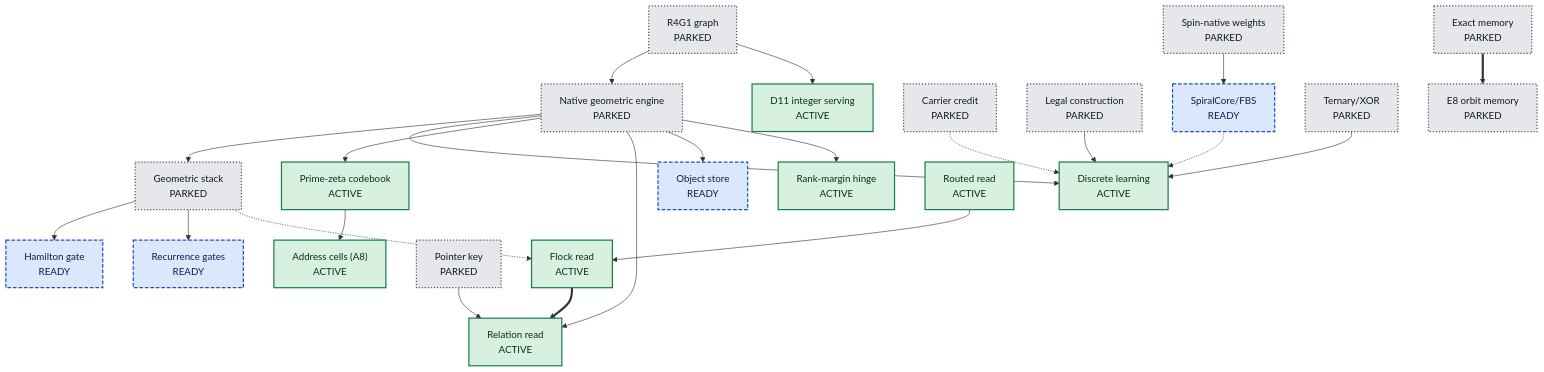
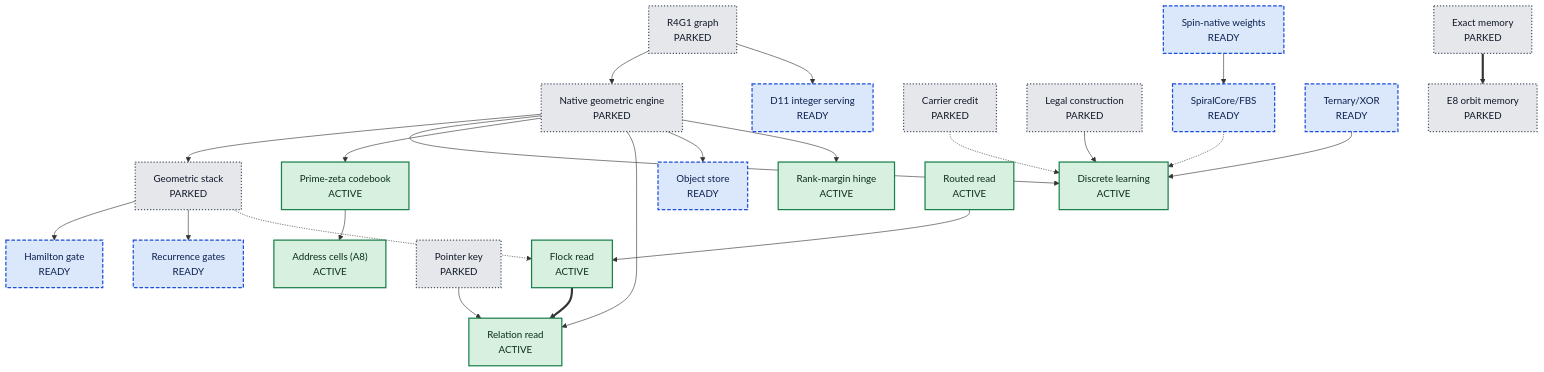
The diagram in docs/mechanisms/README.md (UOR-Foundation/uor-r4), drawn with Mermaid before and after one commit. The commit also changed other lines of this file, not shown here.

````diff
--- a/docs/mechanisms/README.md
+++ b/docs/mechanisms/README.md
@@ -25,54 +25,54 @@
 ```mermaid
 flowchart TD
   r4g1["R4G1 graph<br/>PARKED"]
   nat["Native geometric engine<br/>PARKED"]
-  lut["D11 integer serving<br/>ACTIVE"]
+  lut["D11 integer serving<br/>READY"]
   stack["Geometric stack<br/>PARKED"]
   disc["Discrete learning<br/>ACTIVE"]
   pz["Prime-zeta codebook<br/>ACTIVE"]
   rel["Relation read<br/>ACTIVE"]
   obj["Object store<br/>READY"]
   rank["Rank-margin hinge<br/>ACTIVE"]
   cc["Carrier credit<br/>PARKED"]
   lc["Legal construction<br/>PARKED"]
   sfbs["SpiralCore/FBS<br/>READY"]
-  tx["Ternary/XOR<br/>PARKED"]
-  spin["Spin-native weights<br/>PARKED"]
+  tx["Ternary/XOR<br/>READY"]
+  spin["Spin-native weights<br/>READY"]
   ham["Hamilton gate<br/>READY"]
   rec["Recurrence gates<br/>READY"]
   flock["Flock read<br/>ACTIVE"]
   route["Routed read<br/>ACTIVE"]
   ptr["Pointer key<br/>PARKED"]
   cells["Address cells (A8)<br/>ACTIVE"]
   mem["Exact memory<br/>PARKED"]
   e8["E8 orbit memory<br/>PARKED"]
 
   r4g1 --> nat
   r4g1 --> lut
   nat --> stack
   nat --> disc
   nat --> pz
   nat --> rel
   nat --> obj
   nat --> rank
   cc -.-> disc
   lc --> disc
   sfbs -.-> disc
   tx --> disc
   spin --> sfbs
   stack --> ham
   stack --> rec
   stack -.-> flock
   route --> flock
   flock ==> rel
   ptr --> rel
   pz --> cells
   mem ==> e8
 
   classDef ACTIVE fill:#d7f0e0,stroke:#1a7f4b,color:#0b2e1a,stroke-width:2px
   classDef READY fill:#dbe8fb,stroke:#1d4ed8,color:#0b1f4d,stroke-width:2px,stroke-dasharray:6 3
   classDef PARKED fill:#e5e7eb,stroke:#4b5563,color:#111827,stroke-width:2px,stroke-dasharray:2 3
-  class lut,disc,pz,rel,rank,flock,route,cells ACTIVE
-  class obj,sfbs,ham,rec READY
-  class r4g1,nat,stack,cc,lc,tx,spin,ptr,mem,e8 PARKED
+  class disc,pz,rel,rank,flock,route,cells ACTIVE
+  class obj,sfbs,ham,rec,lut,tx,spin READY
+  class r4g1,nat,stack,cc,lc,ptr,mem,e8 PARKED
 ```
````
